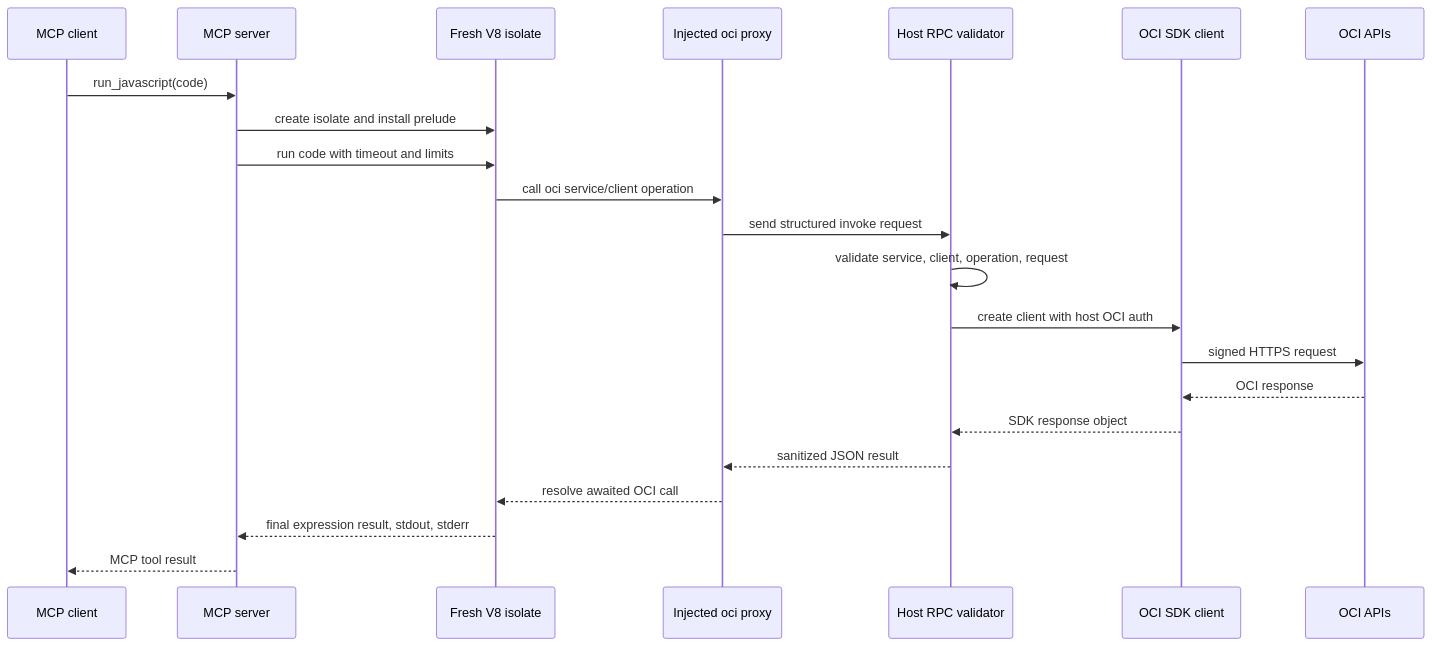
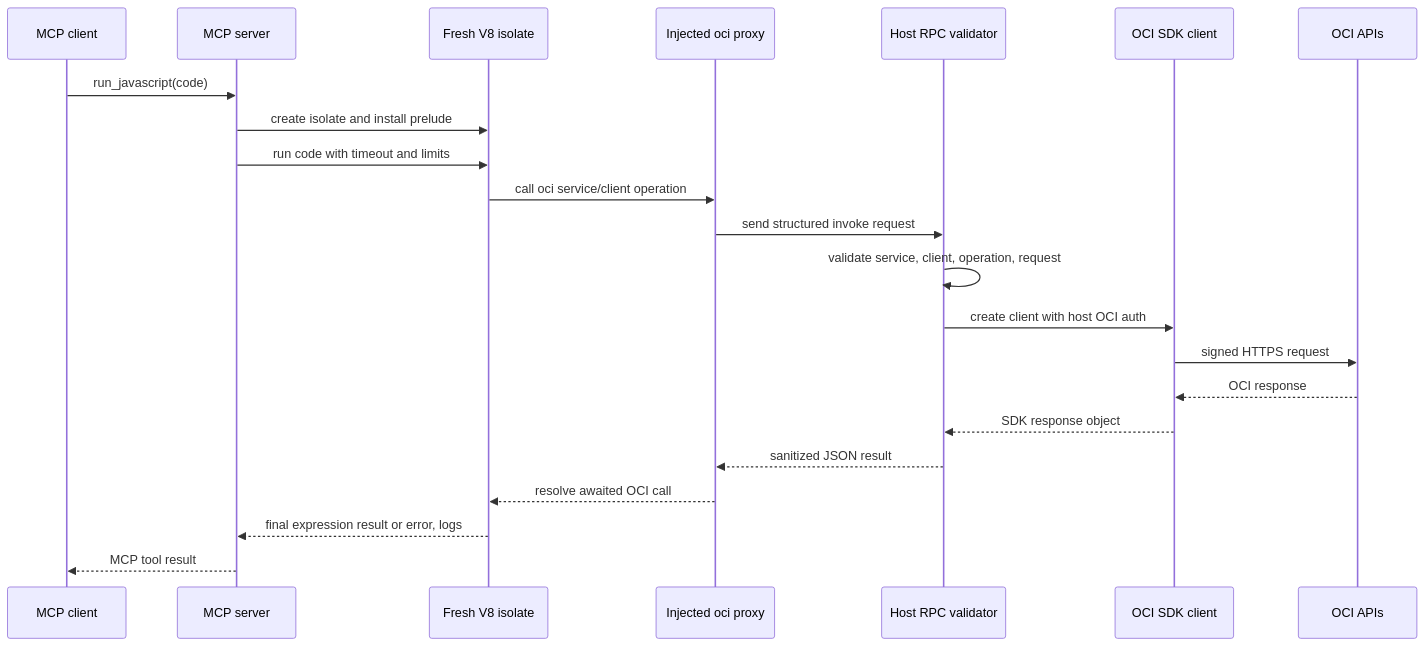
Before and after one commit to oracle/mcp: the second of 2 diagrams in src/oci-javascript-mcp-server/README.md, drawn with Mermaid. The commit also changed other lines of this file and 4 other files, not shown here.

````diff
--- a/src/oci-javascript-mcp-server/README.md
+++ b/src/oci-javascript-mcp-server/README.md
@@ -53,25 +53,25 @@
 ```mermaid
 sequenceDiagram
   participant Client as MCP client
   participant Server as MCP server
   participant Isolate as Fresh V8 isolate
   participant Proxy as Injected oci proxy
   participant Host as Host RPC validator
   participant SDK as OCI SDK client
   participant OCI as OCI APIs
 
   Client->>Server: run_javascript(code)
   Server->>Isolate: create isolate and install prelude
   Server->>Isolate: run code with timeout and limits
   Isolate->>Proxy: call oci service/client operation
   Proxy->>Host: send structured invoke request
   Host->>Host: validate service, client, operation, request
   Host->>SDK: create client with host OCI auth
   SDK->>OCI: signed HTTPS request
   OCI-->>SDK: OCI response
   SDK-->>Host: SDK response object
   Host-->>Proxy: sanitized JSON result
   Proxy-->>Isolate: resolve awaited OCI call
-  Isolate-->>Server: final expression result, stdout, stderr
+  Isolate-->>Server: final expression result or error, logs
   Server-->>Client: MCP tool result
 ```
````
